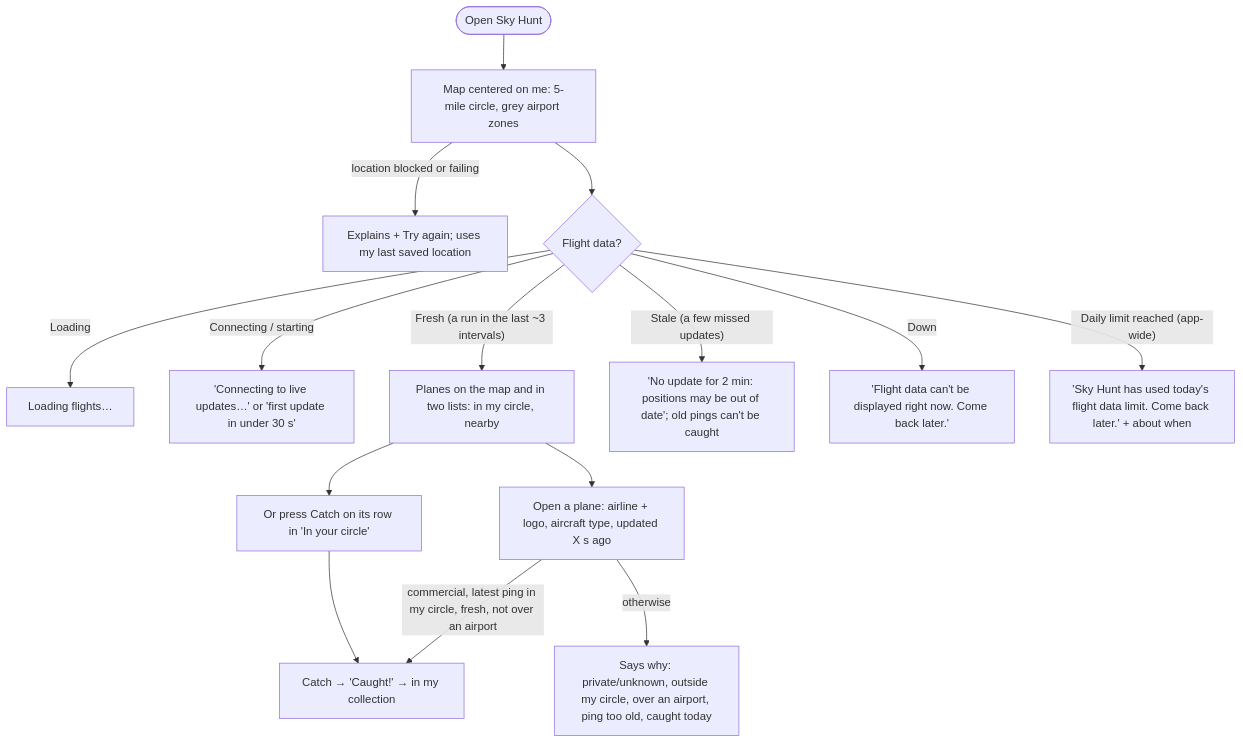
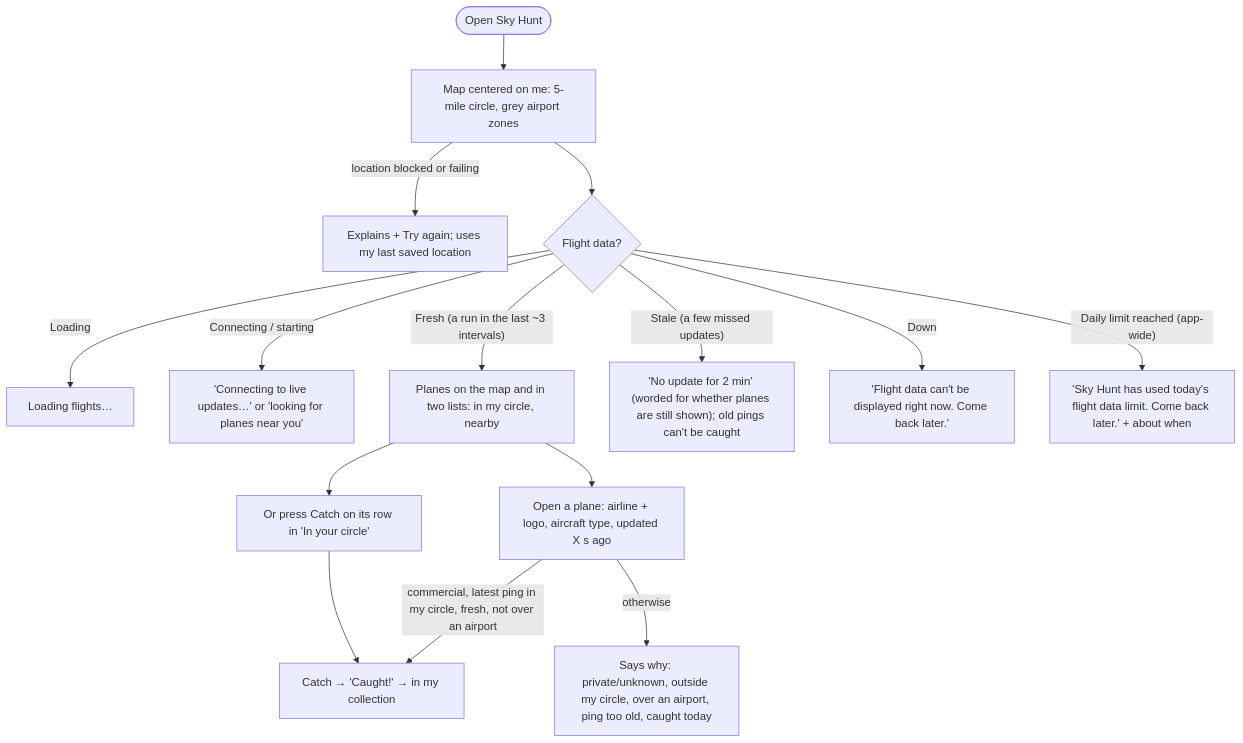
Before and after one commit to neilpandya01/hw5-dbs: the second of 2 diagrams in flows.md, drawn with Mermaid. The commit also changed other lines of this file and 5 other files, not shown here.

````diff
--- a/flows.md
+++ b/flows.md
@@ -39,17 +39,17 @@
 ```mermaid
 flowchart TD
   A([Open Sky Hunt]) --> R["Map centered on me: 5-mile circle, grey airport zones"]
   R -->|location blocked or failing| P["Explains + Try again; uses my last saved location"]
   R --> F{Flight data?}
   F -- "Loading" --> L["Loading flights…"]
-  F -- "Connecting / starting" --> K["'Connecting to live updates…' or 'first update in under 30 s'"]
+  F -- "Connecting / starting" --> K["'Connecting to live updates…' or 'looking for planes near you'"]
   F -- "Fresh (a run in the last ~3 intervals)" --> M["Planes on the map and in two lists: in my circle, nearby"]
-  F -- "Stale (a few missed updates)" --> S["'No update for 2 min: positions may be out of date'; old pings can't be caught"]
+  F -- "Stale (a few missed updates)" --> S["'No update for 2 min' (worded for whether planes are still shown); old pings can't be caught"]
   F -- "Down" --> D["'Flight data can't be displayed right now. Come back later.'"]
   F -- "Daily limit reached (app-wide)" --> X["'Sky Hunt has used today's flight data limit. Come back later.' + about when"]
   M --> O["Open a plane: airline + logo, aircraft type, updated X s ago"]
   M --> Q["Or press Catch on its row in 'In your circle'"]
   Q --> C
   O -->|commercial, latest ping in my circle, fresh, not over an airport| C["Catch → 'Caught!' → in my collection"]
   O -->|otherwise| W["Says why: private/unknown, outside my circle, over an airport, ping too old, caught today"]
 ```
````
